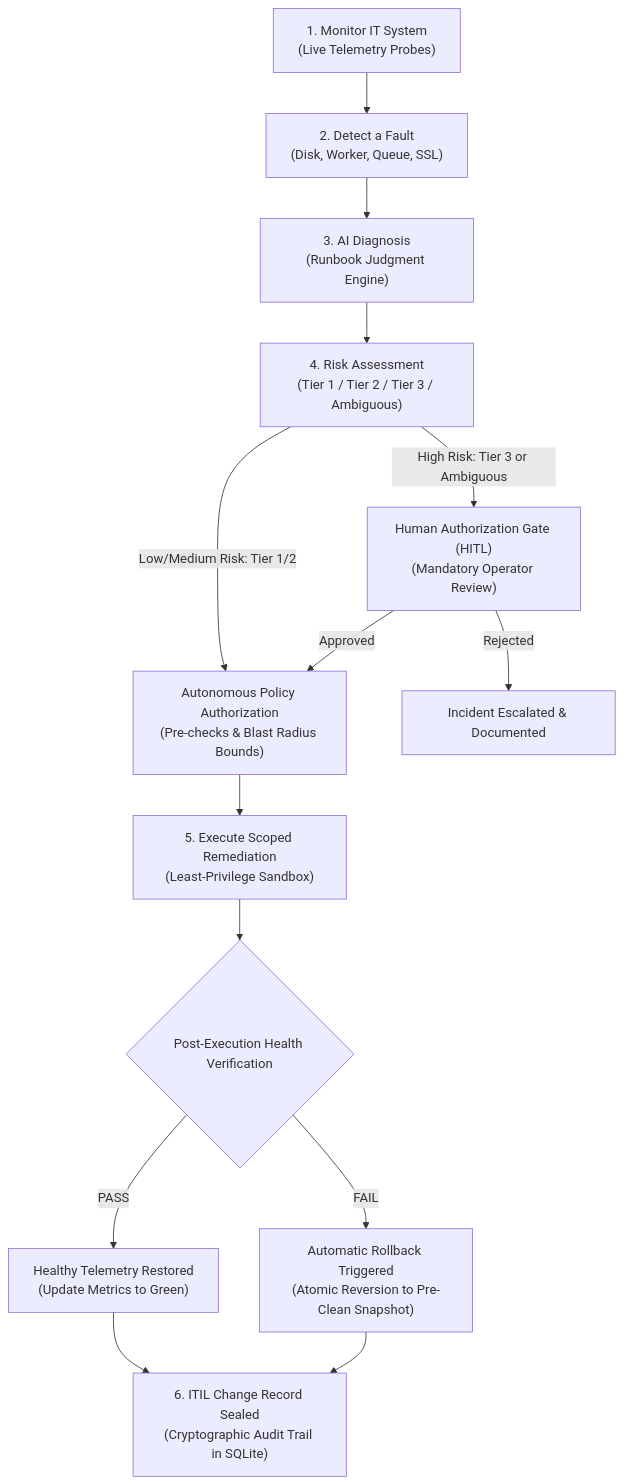
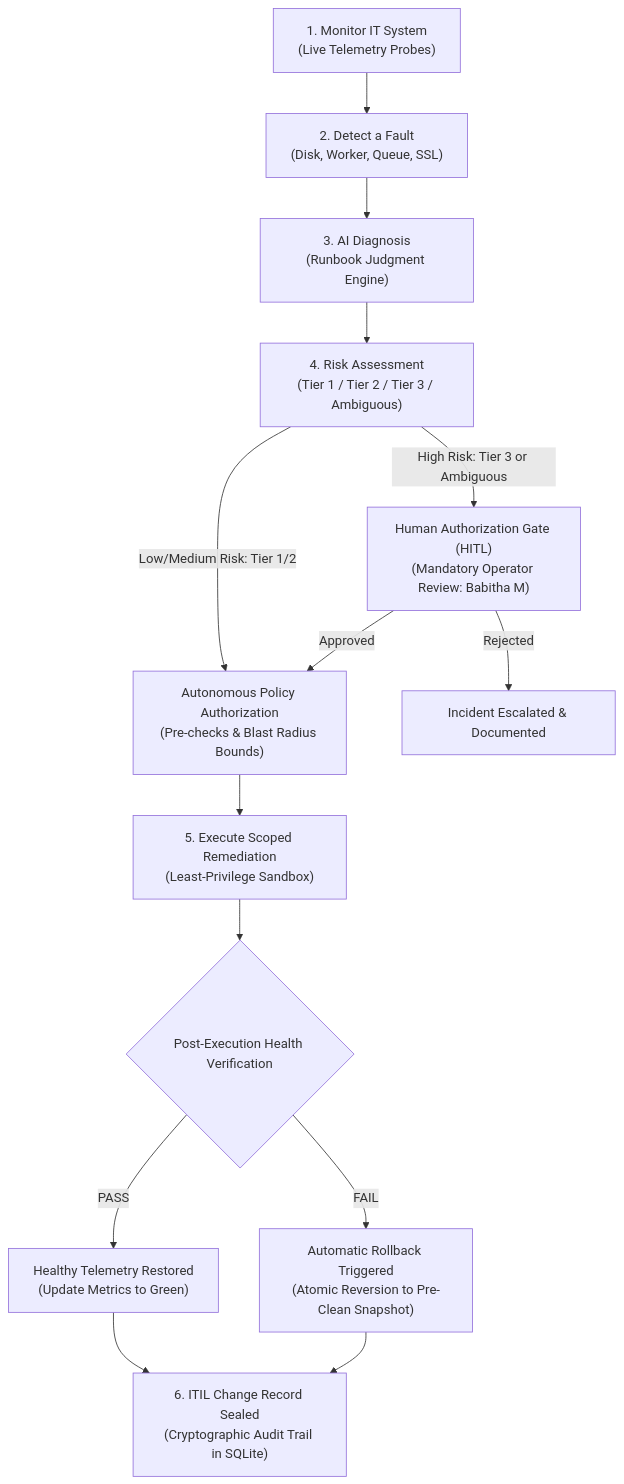
Before and after one commit to UnnathiManjunath/AI-Ops: the diagram in README.md, drawn with Mermaid. The commit also changed other lines of this file and 4 other files, not shown here.

````diff
--- a/README.md
+++ b/README.md
@@ -40,21 +49,21 @@
 ```mermaid
 flowchart TD
     A["1. Monitor IT System\n(Live Telemetry Probes)"] --> B["2. Detect a Fault\n(Disk, Worker, Queue, SSL)"]
     B --> C["3. AI Diagnosis\n(Runbook Judgment Engine)"]
     C --> D["4. Risk Assessment\n(Tier 1 / Tier 2 / Tier 3 / Ambiguous)"]
     
     D -->|Low/Medium Risk: Tier 1/2| E1["Autonomous Policy Authorization\n(Pre-checks & Blast Radius Bounds)"]
-    D -->|High Risk: Tier 3 or Ambiguous| E2["Human Authorization Gate (HITL)\n(Mandatory Operator Review)"]
+    D -->|High Risk: Tier 3 or Ambiguous| E2["Human Authorization Gate (HITL)\n(Mandatory Operator Review: Babitha M)"]
     
     E2 -->|Approved| E1
     E2 -->|Rejected| H["Incident Escalated & Documented"]
     
     E1 --> F["5. Execute Scoped Remediation\n(Least-Privilege Sandbox)"]
     F --> G{"Post-Execution Health Verification"}
     
     G -->|PASS| I["Healthy Telemetry Restored\n(Update Metrics to Green)"]
     G -->|FAIL| J["Automatic Rollback Triggered\n(Atomic Reversion to Pre-Clean Snapshot)"]
     
     I --> K["6. ITIL Change Record Sealed\n(Cryptographic Audit Trail in SQLite)"]
     J --> K
 ```
````
